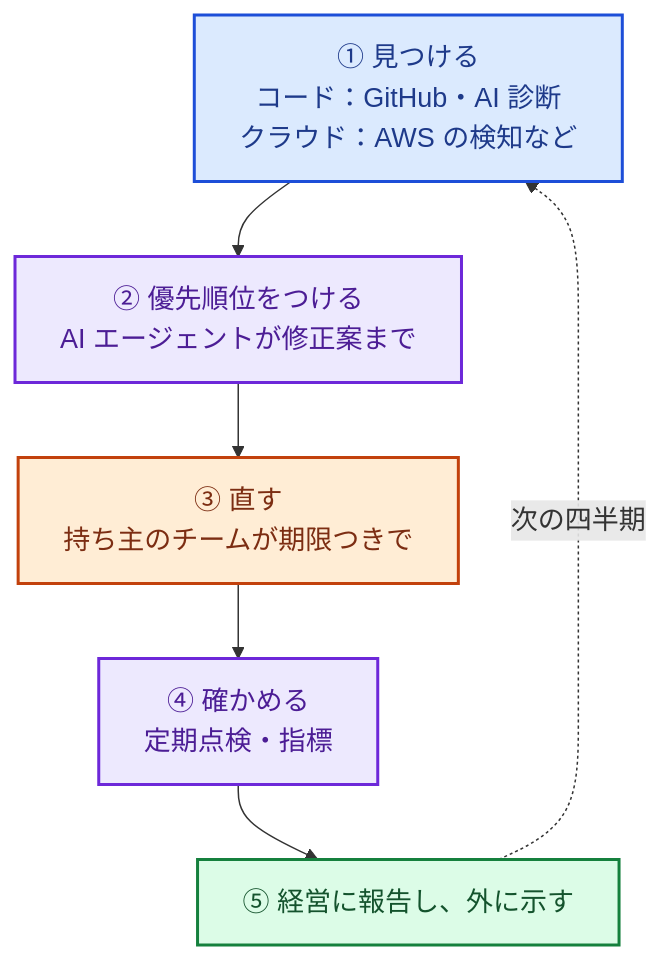
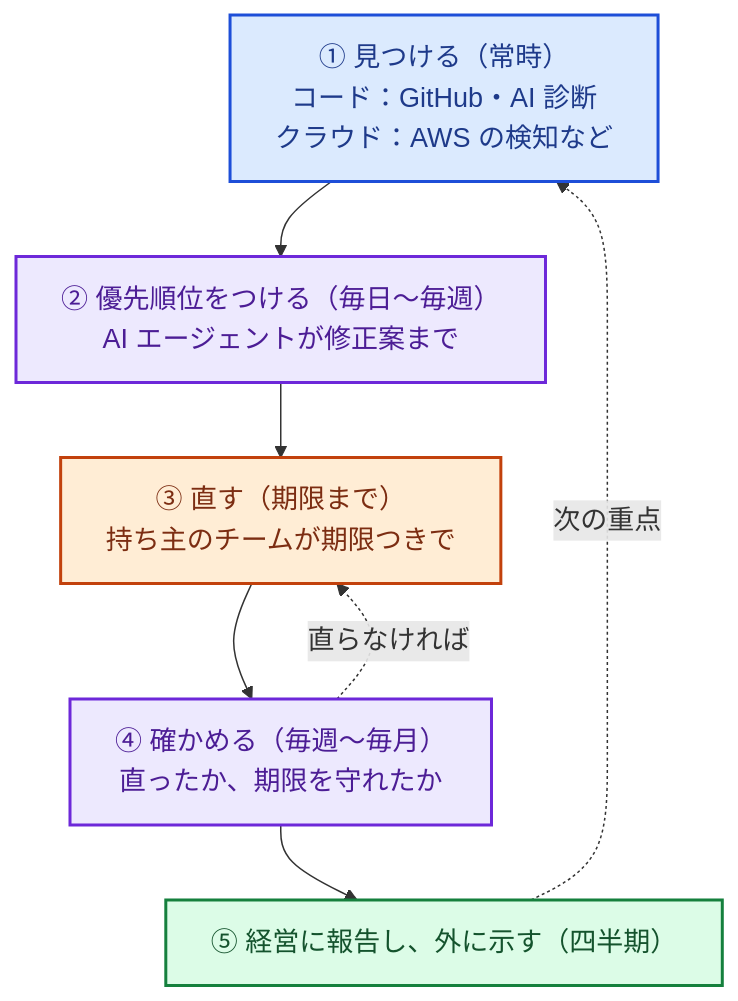
The second of 2 diagrams in books/security-roadmap-ja/01-intro.md (rkawajiri/zenn-content), drawn with Mermaid before and after one commit. The commit also changed other lines of this file and 10 other files, not shown here.

````diff
--- a/books/security-roadmap-ja/01-intro.md
+++ b/books/security-roadmap-ja/01-intro.md
@@ -80,15 +55,17 @@
 ```mermaid
 %%{init: {"themeVariables": {"fontSize": "18px"}, "flowchart": {"wrappingWidth": 400}}}%%
 flowchart TB
-  Find["① 見つける<br>コード：GitHub・AI 診断<br>クラウド：AWS の検知など"]:::dev
-  Triage["② 優先順位をつける<br>AI エージェントが修正案まで"]:::ops
-  Fix["③ 直す<br>持ち主のチームが期限つきで"]:::cloud
-  Check["④ 確かめる<br>定期点検・指標"]:::ops
-  Report["⑤ 経営に報告し、外に示す"]:::gov
-  Find --> Triage --> Fix --> Check --> Report
-  Report -.次の四半期.-> Find
+  Find["① 見つける（常時）<br>コード：GitHub・AI 診断<br>クラウド：AWS の検知など"]:::dev
+  Triage["② 優先順位をつける（毎日〜毎週）<br>AI エージェントが修正案まで"]:::ops
+  Fix["③ 直す（期限まで）<br>持ち主のチームが期限つきで"]:::cloud
+  Check["④ 確かめる（毎週〜毎月）<br>直ったか、期限を守れたか"]:::ops
+  Report["⑤ 経営に報告し、外に示す（四半期）"]:::gov
+  Find --> Triage --> Fix --> Check
+  Check -.直らなければ.-> Fix
+  Check --> Report
+  Report -.次の重点.-> Find
   classDef dev fill:#dbeafe,stroke:#1d4ed8,color:#1e3a8a,stroke-width:2px
   classDef ops fill:#ede9fe,stroke:#6d28d9,color:#4c1d95,stroke-width:2px
   classDef cloud fill:#ffedd5,stroke:#c2410c,color:#7c2d12,stroke-width:2px
   classDef gov fill:#dcfce7,stroke:#15803d,color:#14532d,stroke-width:2px
 ```
````
